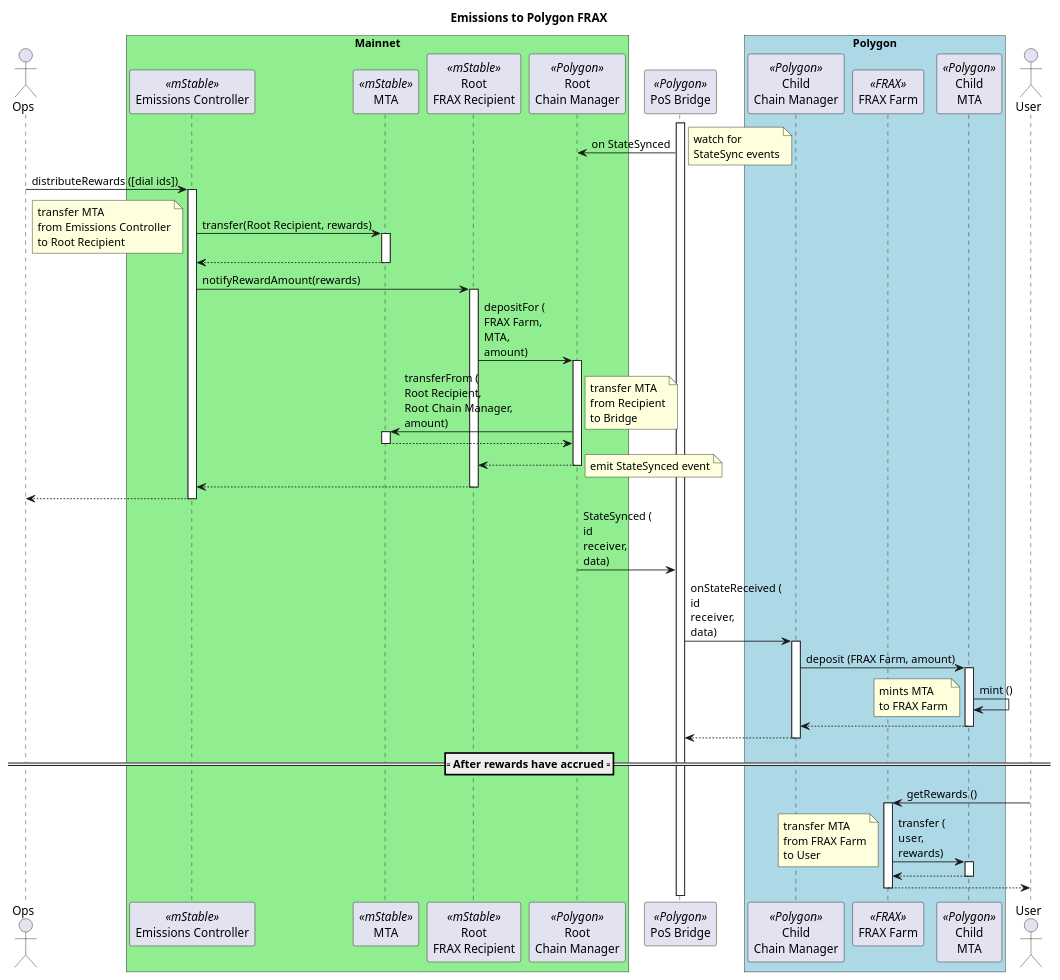
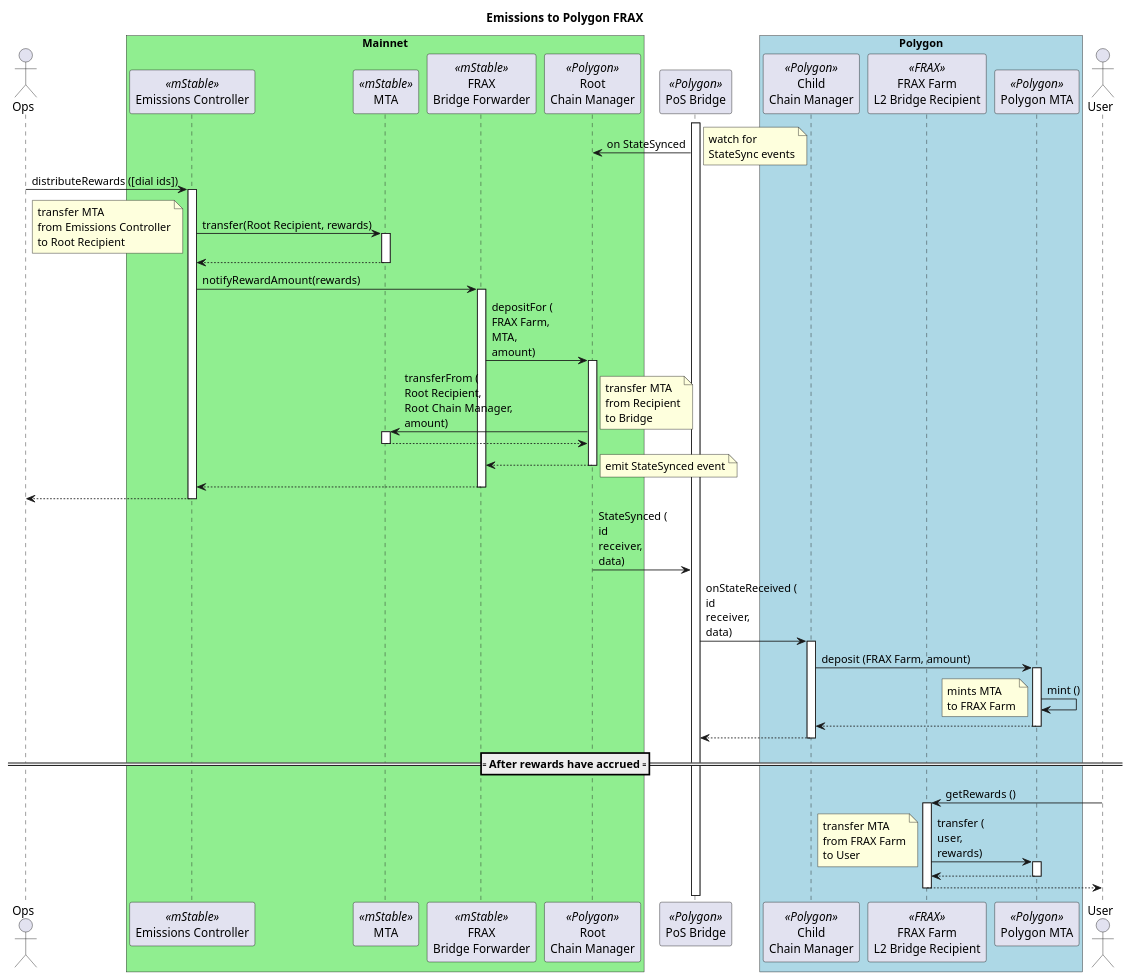
Before and after one commit to mstable/mStable-process-docs: the diagram in emissions/polygonBridge_frax.puml, drawn with PlantUML. The commit also changed 8 other files, not shown here.

Commit message:
feat: latest Emission Controller diagrams

```diff
--- a/emissions/polygonBridge_frax.puml
+++ b/emissions/polygonBridge_frax.puml
@@ -1,67 +1,67 @@
 @startuml
 
 title "Emissions to Polygon FRAX"
 
 actor Ops as ops
 
 box "Mainnet" #LightGreen
 participant "Emissions Controller" as ec <<mStable>>
 participant "MTA" as mta <<mStable>>
-participant "Root\nFRAX Recipient" as rr <<mStable>>
+participant "FRAX\nBridge Forwarder" as bf <<mStable>>
 participant "Root\nChain Manager" as rcm <<Polygon>>
 end box
 
 participant "PoS Bridge" as b <<Polygon>>
 
 box "Polygon" #LightBlue
 participant "Child\nChain Manager" as ccm <<Polygon>>
-participant "FRAX Farm" as cr <<FRAX>>
-participant "Child\nMTA" as cmta <<Polygon>>
+participant "FRAX Farm\nL2 Bridge Recipient" as cr <<FRAX>>
+participant "Polygon MTA" as pmta <<Polygon>>
 end box
 
 actor User as user
 
 activate b
 b -> rcm : on StateSynced
 note right : watch for\nStateSync events
 
 ops -> ec : distributeRewards ([dial ids])
 activate ec
 ec -> mta: transfer(Root Recipient, rewards)
 activate mta
 note left: transfer MTA\nfrom Emissions Controller\nto Root Recipient
 return
-ec -> rr: notifyRewardAmount(rewards)
-activate rr
-rr -> rcm : depositFor (\nFRAX Farm,\nMTA,\namount)
+ec -> bf: notifyRewardAmount(rewards)
+activate bf
+bf -> rcm : depositFor (\nFRAX Farm,\nMTA,\namount)
 activate rcm
 rcm -> mta : transferFrom (\nRoot Recipient,\nRoot Chain Manager,\namount)
 note right : transfer MTA\nfrom Recipient\nto Bridge
 activate mta
 return
 return
 note right : emit StateSynced event
 return
 return
 
 rcm -> b : StateSynced (\nid\nreceiver,\ndata)
 b -> ccm : onStateReceived (\nid\nreceiver,\ndata)
 activate ccm
-ccm -> cmta : deposit (FRAX Farm, amount)
-activate cmta
-cmta -> cmta : mint ()
+ccm -> pmta : deposit (FRAX Farm, amount)
+activate pmta
+pmta -> pmta : mint ()
 note left : mints MTA\nto FRAX Farm
 return
 return
 
 ==== After rewards have accrued ====
 
 user -> cr : getRewards ()
 activate cr
-cr -> cmta : transfer (\nuser,\nrewards)
-activate cmta
+cr -> pmta : transfer (\nuser,\nrewards)
+activate pmta
 note left: transfer MTA\nfrom FRAX Farm\nto User
 return
 return
 
 @enduml
```
